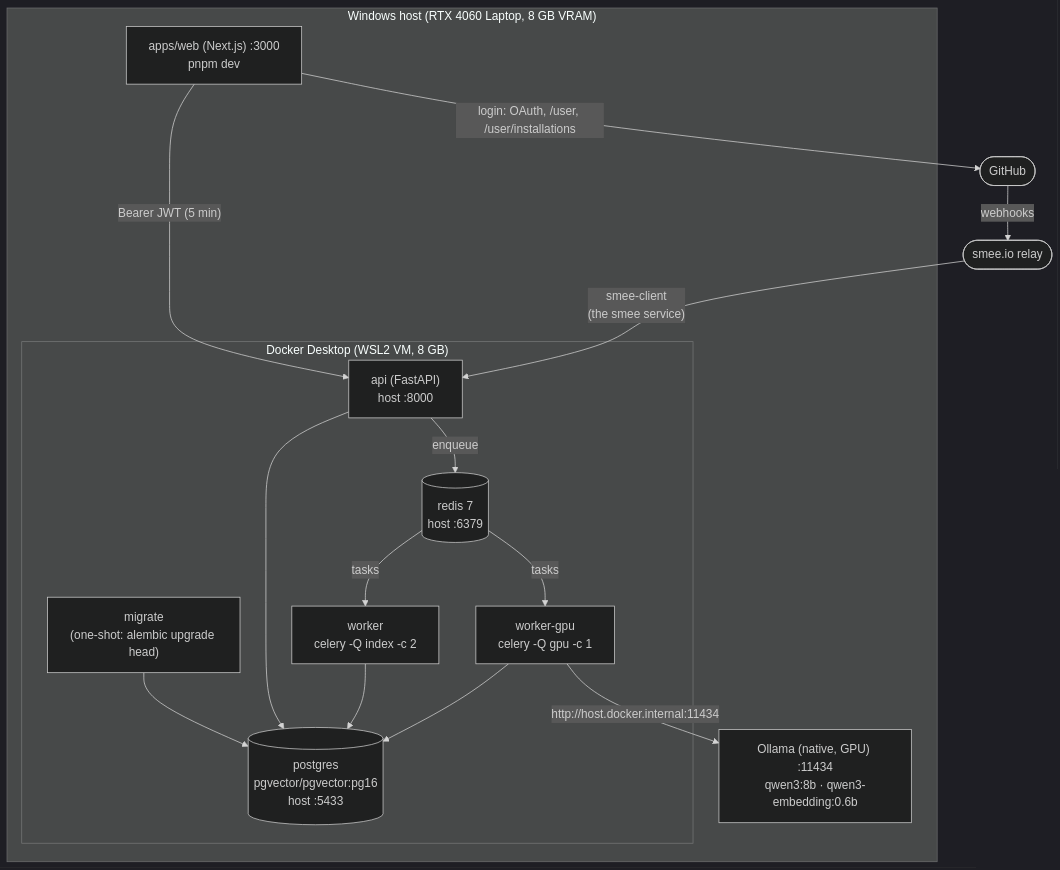
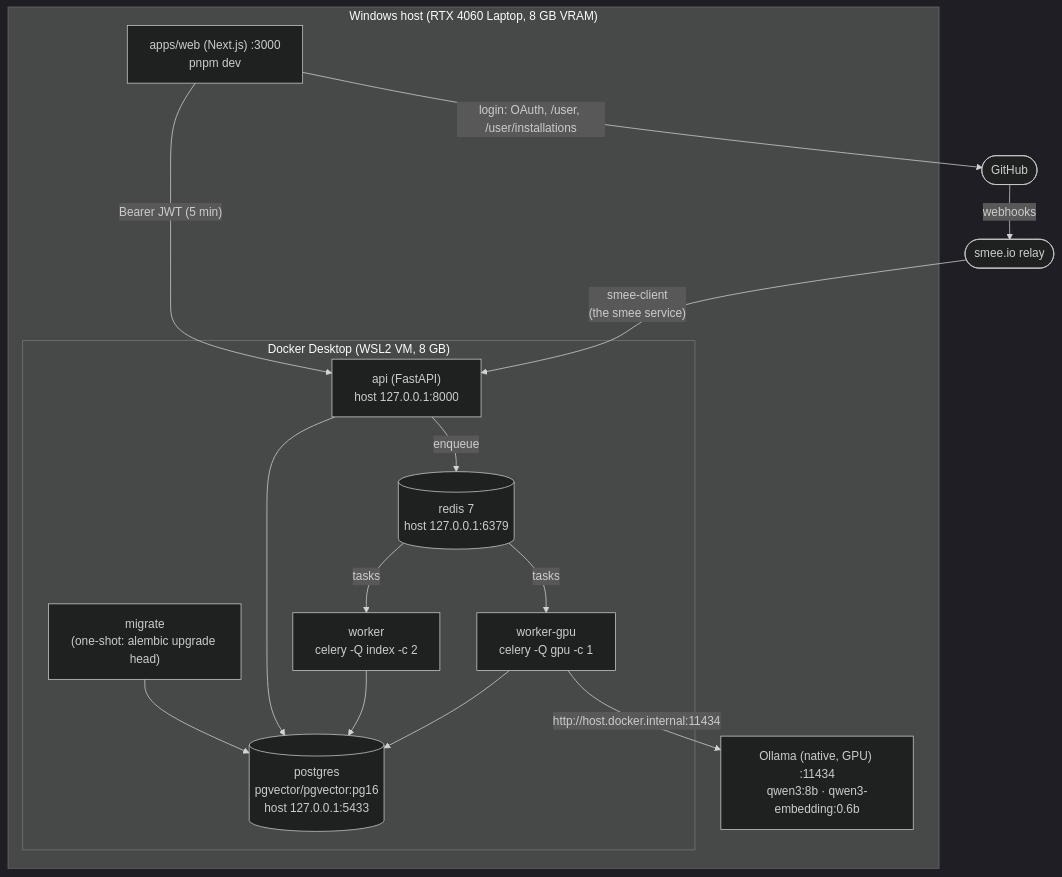
Before and after one commit to RAIF-KARANI/codelens: the second of 12 diagrams in architecture.md, drawn with Mermaid (dark theme). The commit also changed 4 other files, not shown here.

First line of the commit message:
fix: publish Postgres, Redis and the API on loopback only (Phase 9 step 1) (#50)

````diff
--- a/architecture.md
+++ b/architecture.md
@@ -106,26 +106,26 @@
 ```mermaid
 flowchart TB
     subgraph host["Windows host (RTX 4060 Laptop, 8 GB VRAM)"]
         OL["Ollama (native, GPU) :11434<br/>qwen3:8b · qwen3-embedding:0.6b"]
         WEB["apps/web (Next.js) :3000<br/>pnpm dev"]
         subgraph docker["Docker Desktop (WSL2 VM, 8 GB)"]
-            PG[("postgres<br/>pgvector/pgvector:pg16<br/>host :5433")]
-            RD[("redis 7<br/>host :6379")]
+            PG[("postgres<br/>pgvector/pgvector:pg16<br/>host 127.0.0.1:5433")]
+            RD[("redis 7<br/>host 127.0.0.1:6379")]
             MIG["migrate<br/>(one-shot: alembic upgrade head)"]
-            API["api (FastAPI)<br/>host :8000"]
+            API["api (FastAPI)<br/>host 127.0.0.1:8000"]
             WI["worker<br/>celery -Q index -c 2"]
             WG["worker-gpu<br/>celery -Q gpu -c 1"]
         end
     end
     WEB -- "Bearer JWT (5 min)" --> API
     WEB -- "login: OAuth, /user, /user/installations" --> GH
     GH(["GitHub"]) -- webhooks --> SMEE(["smee.io relay"]) -- "smee-client<br/>(the smee service)" --> API
     MIG --> PG
     API --> PG
     API -- enqueue --> RD
     RD -- tasks --> WI
     RD -- tasks --> WG
     WI --> PG
     WG --> PG
     WG -- "http://host.docker.internal:11434" --> OL
 ```
````
